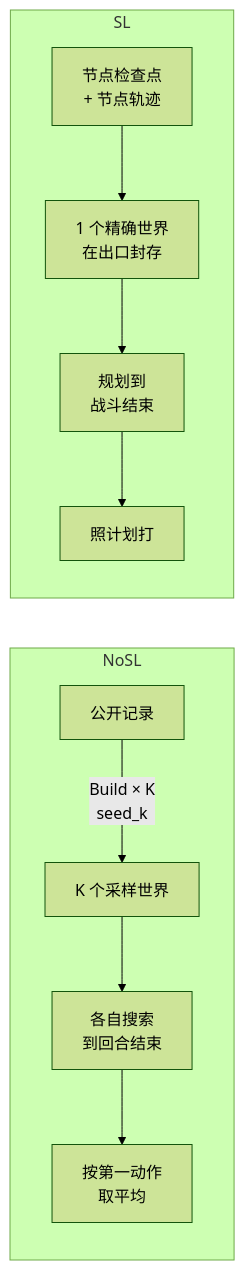
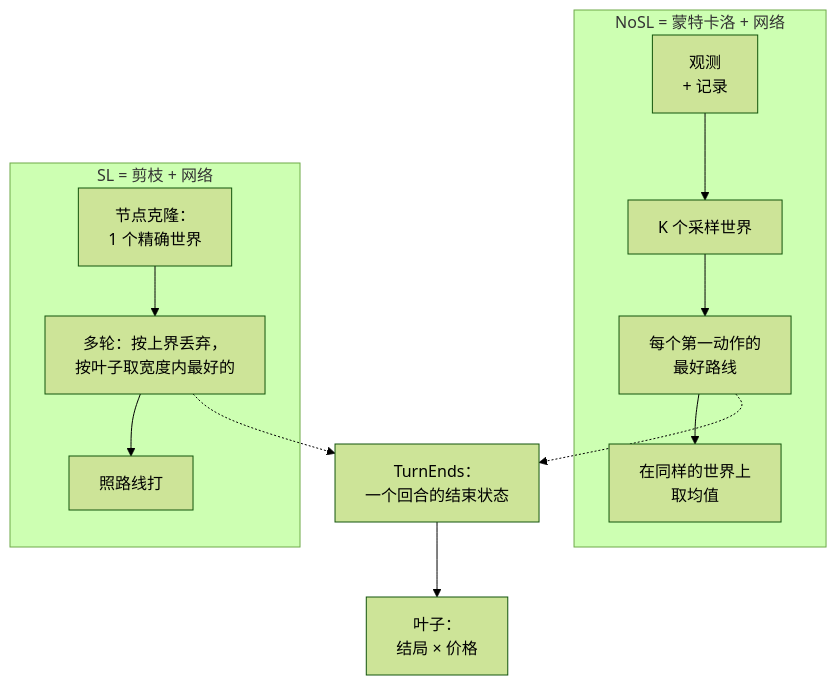
The diagram in docs/src/content/docs/arch/combat-brain/index.mdx (shinnku-nikaidou/spire-zero), drawn with Mermaid (forest theme) before and after one commit. The commit also changed other lines of this file and 42 other files, not shown here.

````diff
--- a/docs/src/content/docs/arch/combat-brain/index.mdx
+++ b/docs/src/content/docs/arch/combat-brain/index.mdx
@@ -57,11 +94,15 @@
 ```mermaid
-flowchart LR
-  subgraph NoSL
-    R["公开记录"] -->|"Build × K<br/>seed_k"| W["K 个采样世界"]
-    W --> S1["各自搜索<br/>到回合结束"] --> A["按第一动作<br/>取平均"]
+flowchart TB
+  subgraph NoSL["NoSL = 蒙特卡洛 + 网络"]
+    R["观测<br/>+ 记录"] --> W["K 个采样世界"]
+    W --> N["每个第一动作的<br/>最好路线"]
+    N --> A["在同样的世界上<br/>取均值"]
   end
-  subgraph SL
-    E["节点检查点<br/>+ 节点轨迹"] --> C["1 个精确世界<br/>在出口封存"]
-    C --> S2["规划到<br/>战斗结束"] --> F["照计划打"]
+  subgraph SL["SL = 剪枝 + 网络"]
+    C["节点克隆：<br/>1 个精确世界"] --> S["多轮：按上界丢弃，<br/>按叶子取宽度内最好的"]
+    S --> F["照路线打"]
   end
+  N -.-> T["TurnEnds：<br/>一个回合的结束状态"]
+  S -.-> T
+  T --> L["叶子：<br/>结局 × 价格"]
 ```
````
